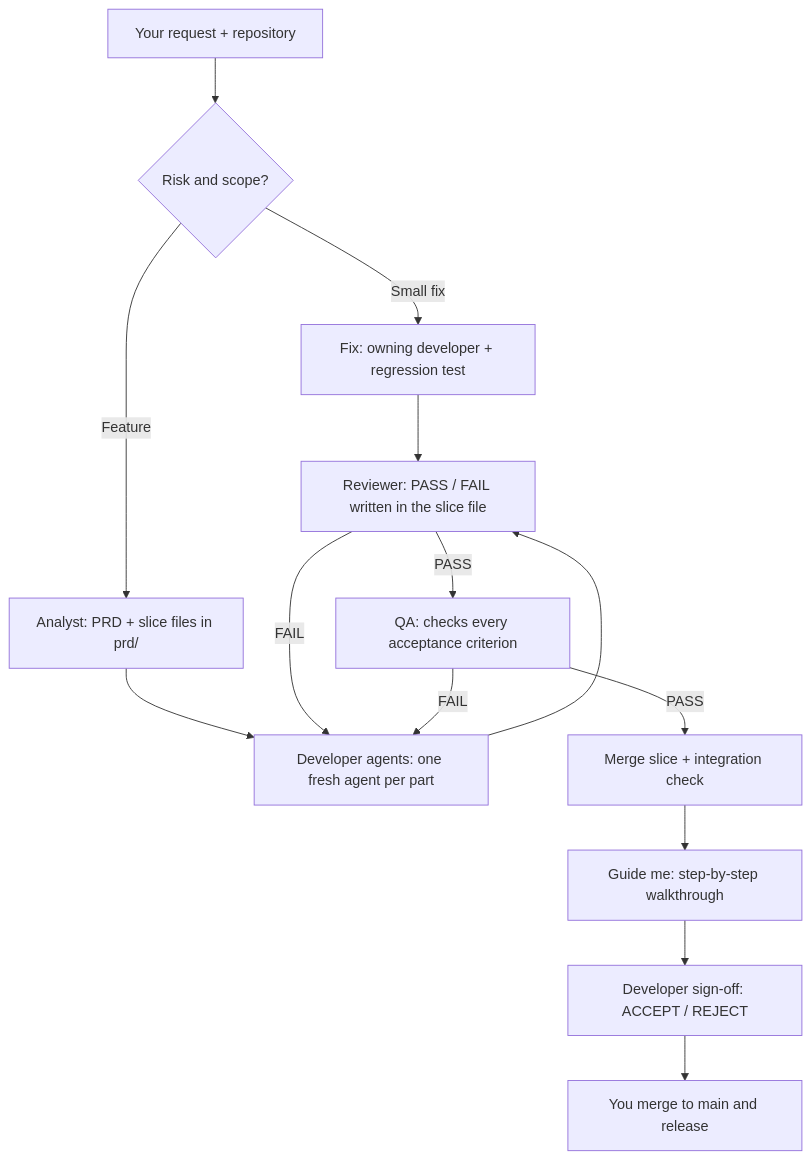
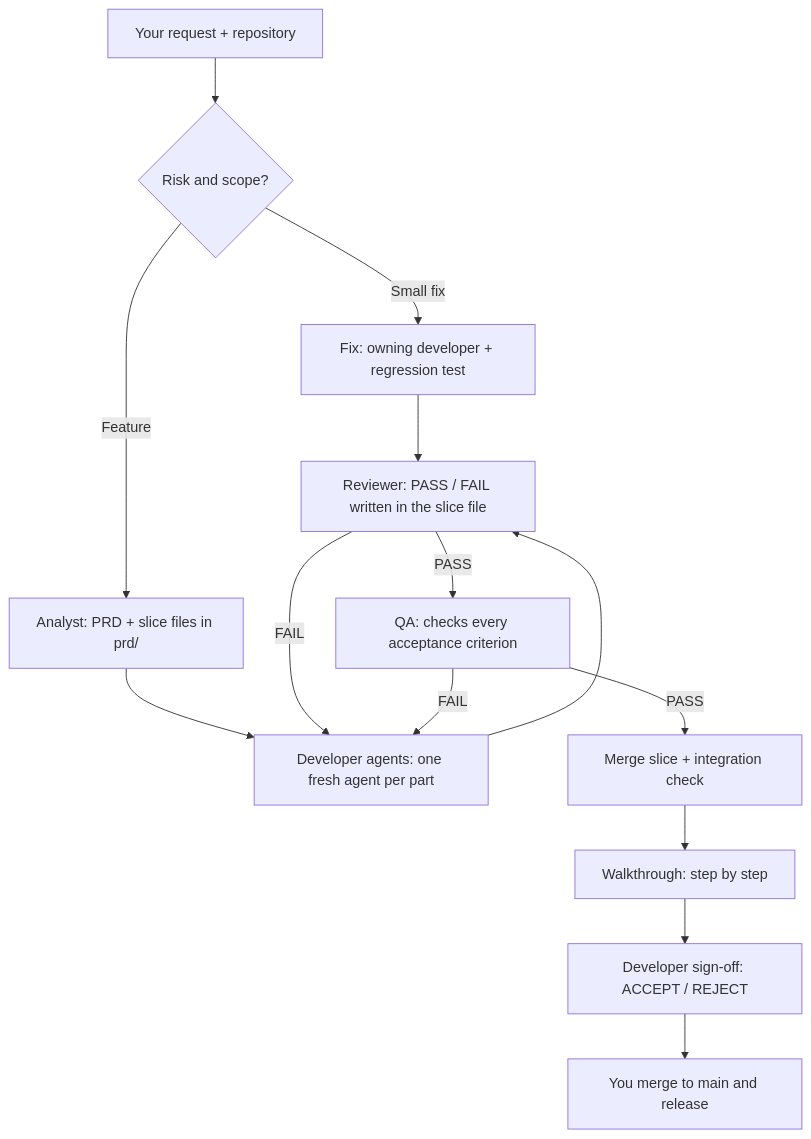
The diagram in README.md (dimitriskl/engineering-judgment-skill), drawn with Mermaid before and after one commit. The commit also changed other lines of this file and 12 other files, not shown here.

Commit message:
refactor: rename Guide me mode to Walkthrough; the old name still works as an alias

````diff
--- a/README.md
+++ b/README.md
@@ -136,16 +136,16 @@
 ```mermaid
 flowchart TD
   A[Your request + repository] --> B{Risk and scope?}
   B -->|Small fix| C[Fix: owning developer + regression test]
   B -->|Feature| D[Analyst: PRD + slice files in prd/]
   D --> E[Developer agents: one fresh agent per part]
   C --> R
   E --> R[Reviewer: PASS / FAIL written in the slice file]
   R -->|FAIL| E
   R -->|PASS| Q[QA: checks every acceptance criterion]
   Q -->|FAIL| E
   Q -->|PASS| M[Merge slice + integration check]
-  M --> G[Guide me: step-by-step walkthrough]
+  M --> G[Walkthrough: step by step]
   G --> S[Developer sign-off: ACCEPT / REJECT]
   S --> H[You merge to main and release]
 ```
````
